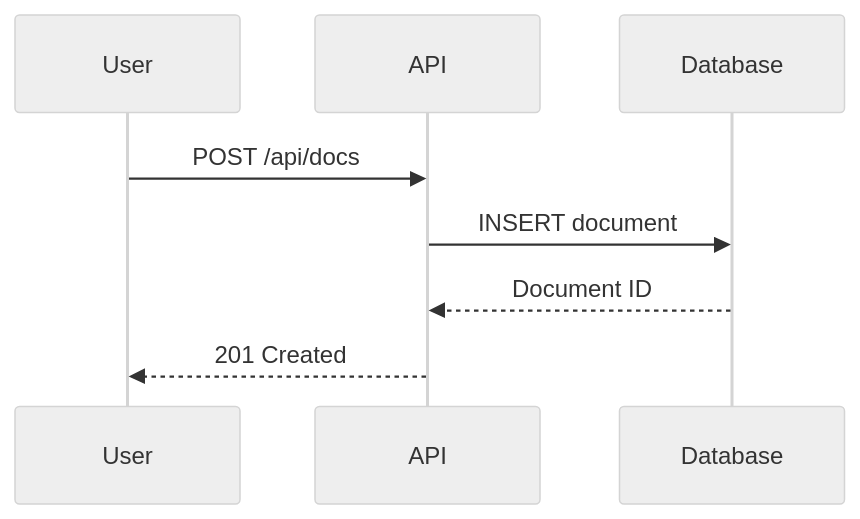
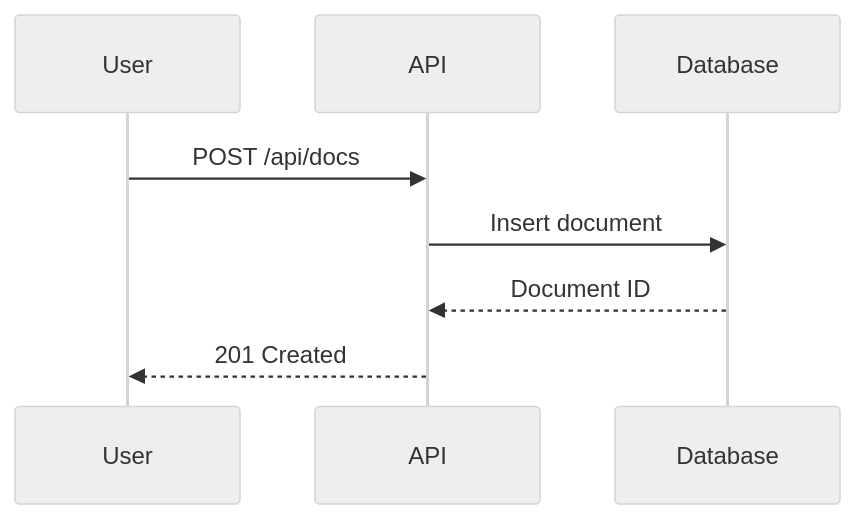
Before and after one commit to TechnoBureau/docs: the second of 2 diagrams in CLAUDE.md, drawn with Mermaid (neutral theme). The commit also changed other lines of this file and 12 other files, not shown here.

Commit message:
Improve diagram readability and fix code tab labels

````diff
--- a/CLAUDE.md
+++ b/CLAUDE.md
@@ -521,10 +534,10 @@
 ```mermaid
 sequenceDiagram
     participant User
     participant API
     participant Database
     User->>API: POST /api/docs
-    API->>Database: INSERT document
+    API->>Database: Insert document
     Database-->>API: Document ID
     API-->>User: 201 Created
 ```
````
